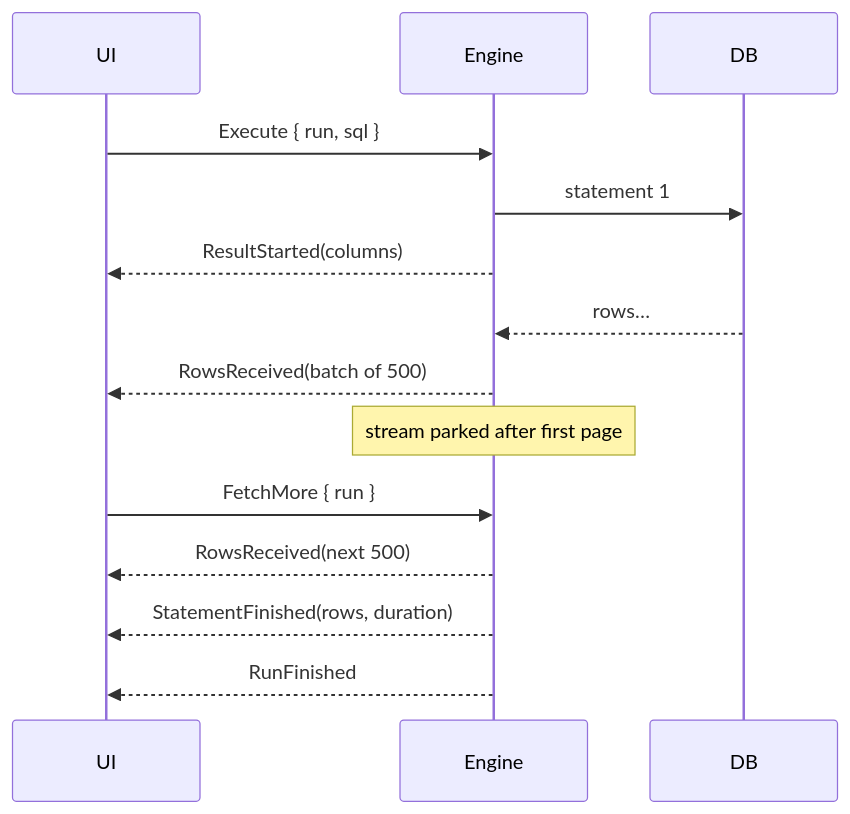
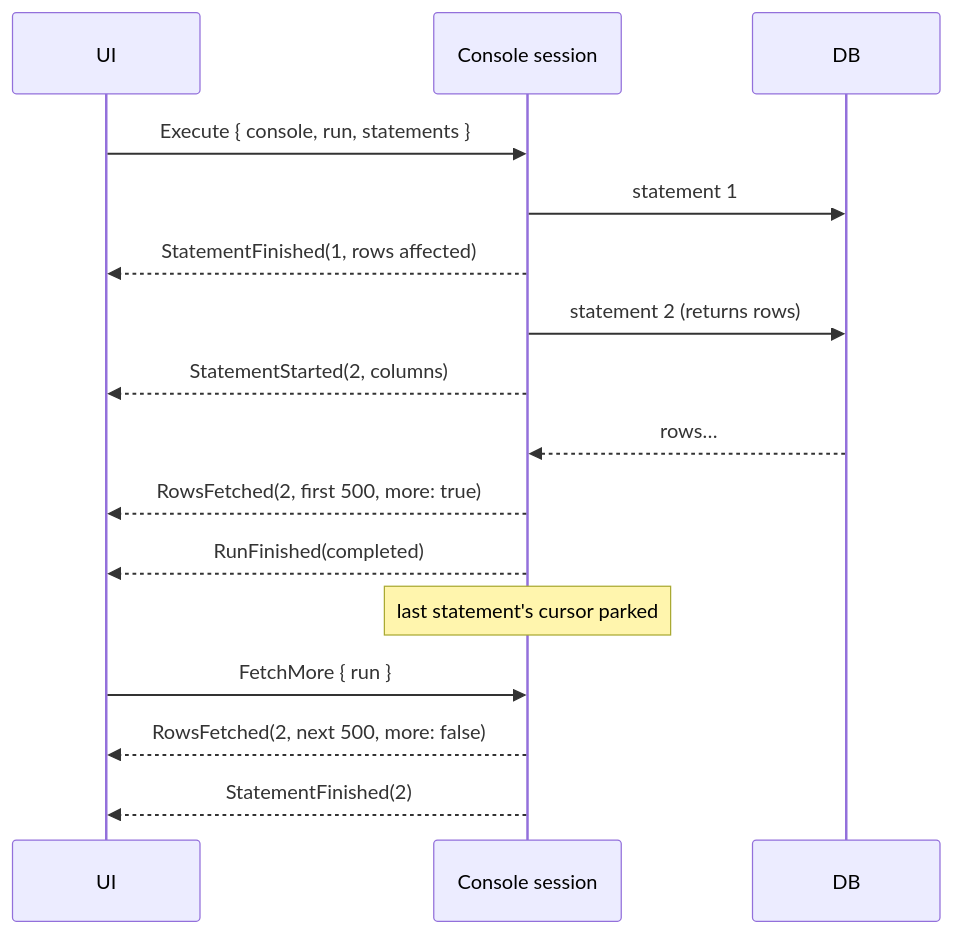
Before and after one commit to navasvarela/dbdesk: the diagram in docs/features/sql-runner.md, drawn with Mermaid. The commit also changed other lines of this file and 48 other files, not shown here.

````diff
--- a/docs/features/sql-runner.md
+++ b/docs/features/sql-runner.md
@@ -47,16 +69,18 @@
 ```mermaid
 sequenceDiagram
     participant UI
-    participant Engine
+    participant Engine as Console session
     participant DB
-    UI->>Engine: Execute { run, sql }
+    UI->>Engine: Execute { console, run, statements }
     Engine->>DB: statement 1
-    Engine-->>UI: ResultStarted(columns)
+    Engine-->>UI: StatementFinished(1, rows affected)
+    Engine->>DB: statement 2 (returns rows)
+    Engine-->>UI: StatementStarted(2, columns)
     DB-->>Engine: rows…
-    Engine-->>UI: RowsReceived(batch of 500)
-    Note over Engine: stream parked after first page
+    Engine-->>UI: RowsFetched(2, first 500, more: true)
+    Engine-->>UI: RunFinished(completed)
+    Note over Engine: last statement's cursor parked
     UI->>Engine: FetchMore { run }
-    Engine-->>UI: RowsReceived(next 500)
-    Engine-->>UI: StatementFinished(rows, duration)
-    Engine-->>UI: RunFinished
+    Engine-->>UI: RowsFetched(2, next 500, more: false)
+    Engine-->>UI: StatementFinished(2)
 ```
````
